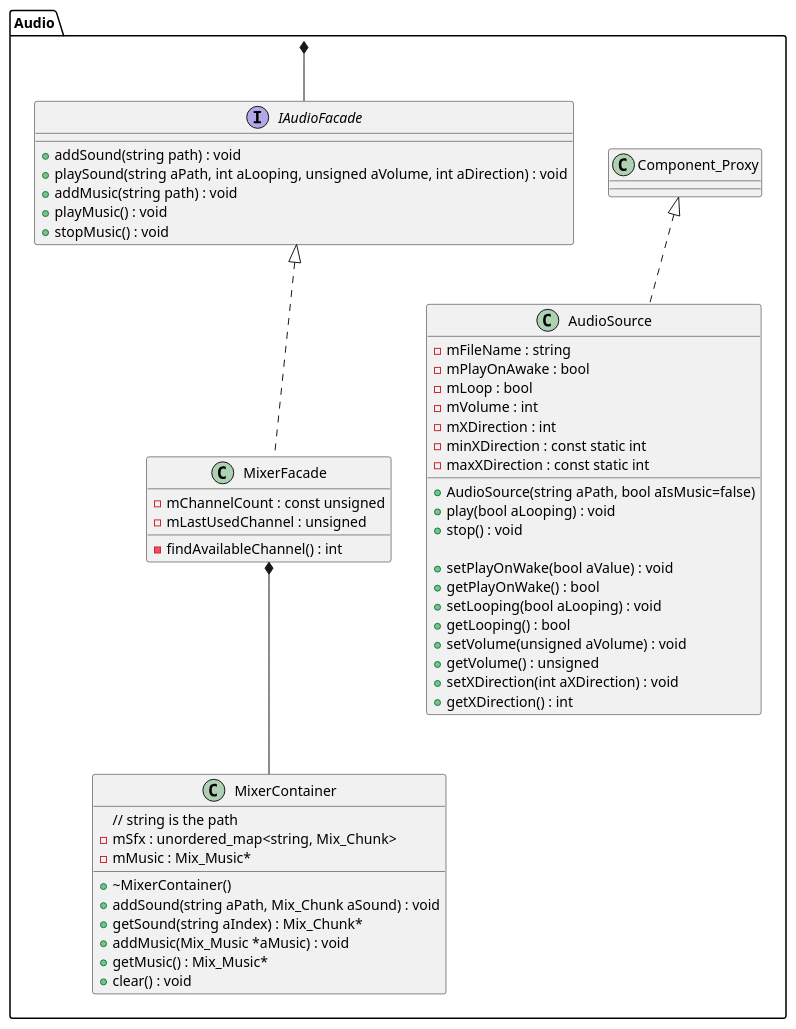
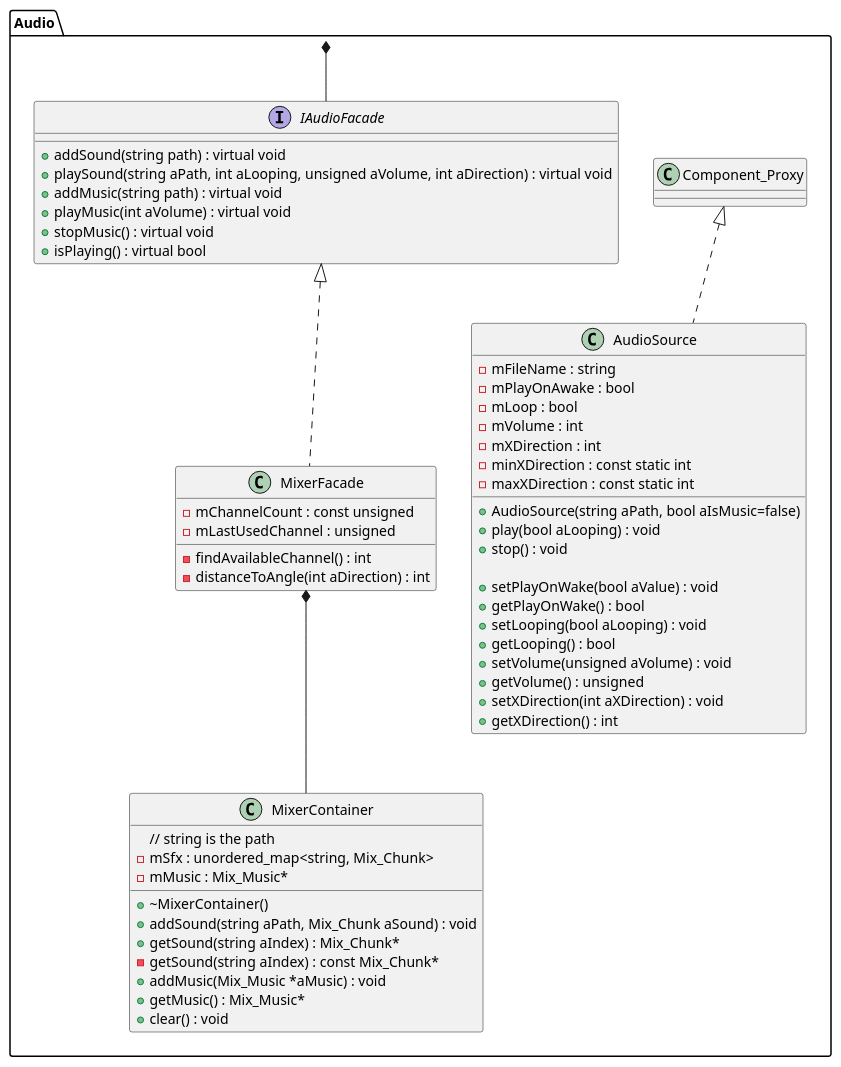
Before and after one commit to Seger01/GameEngine: the diagram in docs/Diagrams/classDiagramPackages/audioPackage.puml, drawn with PlantUML.

Commit message:
Various small sound design changes

```diff
--- a/docs/Diagrams/classDiagramPackages/audioPackage.puml
+++ b/docs/Diagrams/classDiagramPackages/audioPackage.puml
@@ -1,60 +1,63 @@
 @startuml audioPackageClassDiagram
 
 package Audio{
     class Component_Proxy {}
 
 class AudioSource implements Component_Proxy{
     - mFileName : string
     - mPlayOnAwake : bool
     - mLoop : bool
     - mVolume : int
     - mXDirection : int
     - minXDirection : const static int
     - maxXDirection : const static int
     + AudioSource(string aPath, bool aIsMusic=false)
     + play(bool aLooping) : void
     + stop() : void 
 
     + setPlayOnWake(bool aValue) : void
     + getPlayOnWake() : bool
     + setLooping(bool aLooping) : void
     + getLooping() : bool
     + setVolume(unsigned aVolume) : void
     + getVolume() : unsigned
     + setXDirection(int aXDirection) : void
     + getXDirection() : int
 }
 
 interface IAudioFacade {
-    + addSound(string path) : void
-    + playSound(string aPath, int aLooping, unsigned aVolume, int aDirection) : void
-    + addMusic(string path) : void
-    + playMusic() : void
-    + stopMusic() : void
+    + addSound(string path) : virtual void
+    + playSound(string aPath, int aLooping, unsigned aVolume, int aDirection) : virtual void
+    + addMusic(string path) : virtual void
+    + playMusic(int aVolume) : virtual void
+    + stopMusic() : virtual void
+    + isPlaying() : virtual bool
 }
 
 class MixerFacade implements IAudioFacade {
     - mChannelCount : const unsigned
     - mLastUsedChannel : unsigned
     - findAvailableChannel() : int
+    - distanceToAngle(int aDirection) : int
 }
 
 class MixerContainer {
     // string is the path
     - mSfx : unordered_map<string, Mix_Chunk>
     - mMusic : Mix_Music*
     + ~MixerContainer()
     + addSound(string aPath, Mix_Chunk aSound) : void
     + getSound(string aIndex) : Mix_Chunk*
+    - getSound(string aIndex) : const Mix_Chunk*
     + addMusic(Mix_Music *aMusic) : void
     + getMusic() : Mix_Music*
     + clear() : void
 }
 
 MixerFacade *-- MixerContainer
 
 }
 
 Audio *--IAudioFacade
 
 @enduml
```
